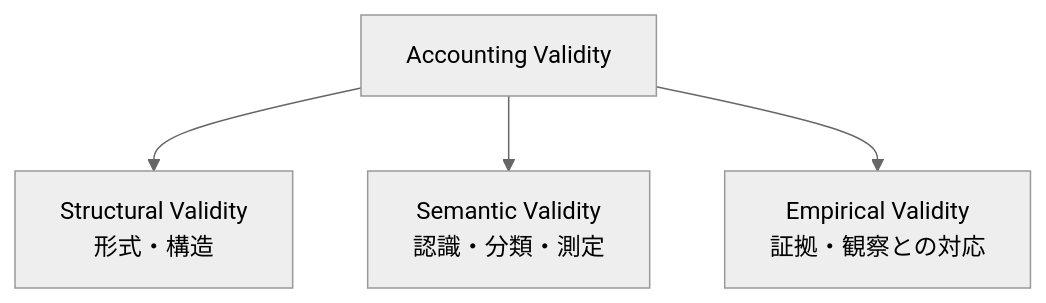
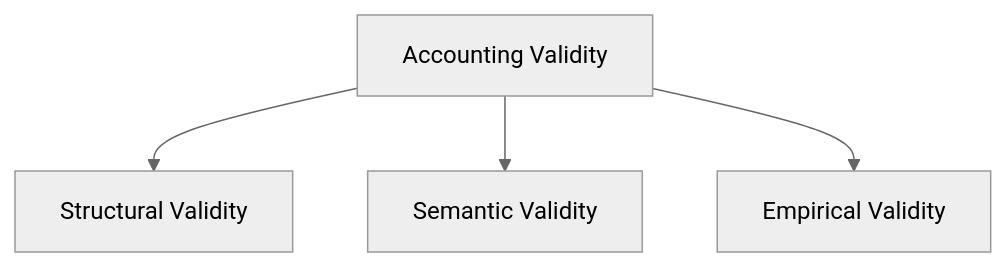
The first of 2 diagrams in theory/09-validation.md (niikei/accounting-state-model), drawn with Mermaid (neutral theme) before and after one commit. The commit also changed other lines of this file and 8 other files, not shown here.

````diff
--- a/theory/09-validation.md
+++ b/theory/09-validation.md
@@ -46,14 +43,12 @@
 ```mermaid
 flowchart TD
-    VALID["Accounting Validity"]
+    V["Accounting Validity"]
 
-    STRUCT["Structural Validity<br/>形式・構造"]
+    STRUCT["Structural Validity"]
+    SEM["Semantic Validity"]
+    EMP["Empirical Validity"]
 
-    SEM["Semantic Validity<br/>認識・分類・測定"]
-
-    EMP["Empirical Validity<br/>証拠・観察との対応"]
-
-    VALID --> STRUCT
-    VALID --> SEM
-    VALID --> EMP
+    V --> STRUCT
+    V --> SEM
+    V --> EMP
 ```
````
